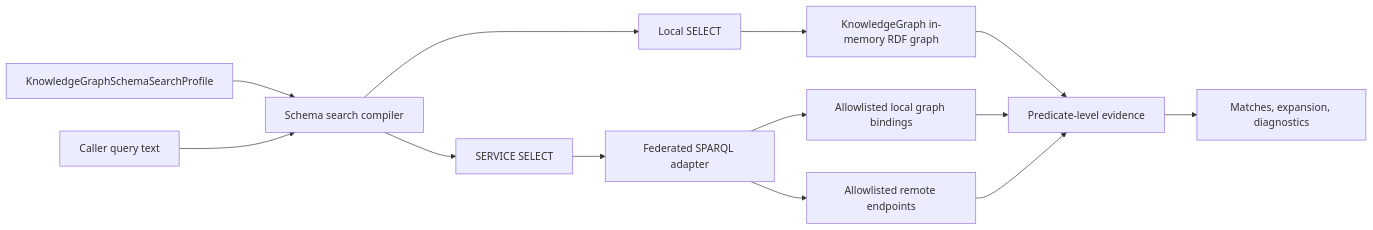
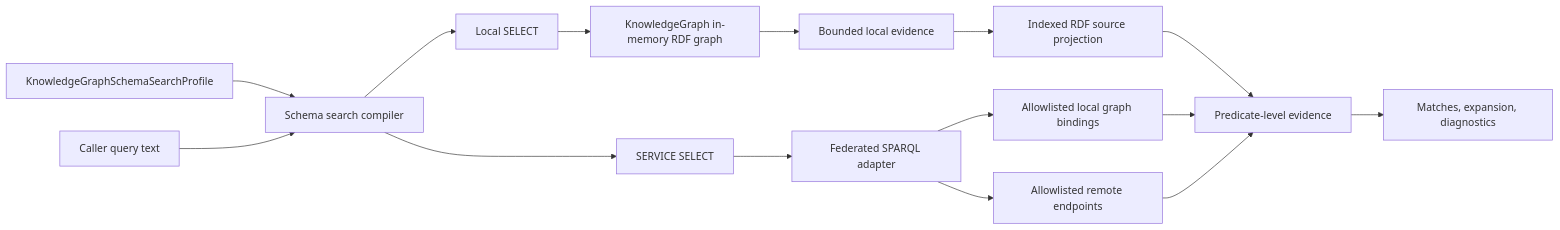
The seventh of 13 diagrams in docs/Architecture.md (managedcode/markdown-ld-kb), drawn with Mermaid before and after one commit. The commit also changed other lines of this file and 9 other files, not shown here.

Commit message:
Release 0.3.2 with indexed schema search provenance

````diff
--- a/docs/Architecture.md
+++ b/docs/Architecture.md
@@ -325,15 +325,17 @@
 ```mermaid
 flowchart LR
     Profile["KnowledgeGraphSchemaSearchProfile"] --> Compiler["Schema search compiler"]
     QueryText["Caller query text"] --> Compiler
     Compiler --> LocalSelect["Local SELECT"]
     Compiler --> FederatedSelect["SERVICE SELECT"]
     LocalSelect --> LocalGraph["KnowledgeGraph in-memory RDF graph"]
     FederatedSelect --> Federation["Federated SPARQL adapter"]
     Federation --> LocalBindings["Allowlisted local graph bindings"]
     Federation --> RemoteEndpoints["Allowlisted remote endpoints"]
-    LocalGraph --> Evidence["Predicate-level evidence"]
+    LocalGraph --> LocalEvidence["Bounded local evidence"]
+    LocalEvidence --> Sources["Indexed RDF source projection"]
+    Sources --> Evidence["Predicate-level evidence"]
     LocalBindings --> Evidence
     RemoteEndpoints --> Evidence
     Evidence --> Result["Matches, expansion, diagnostics"]
 ```
````
